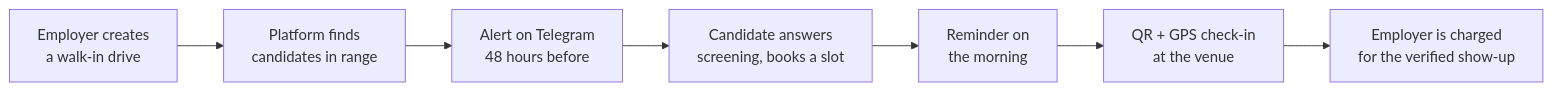
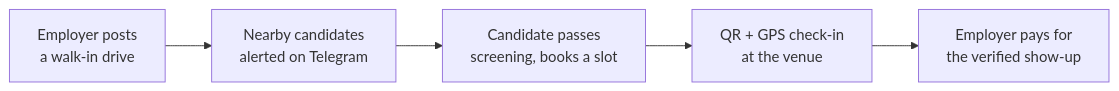
One commit to SanchitSlayer/walkins changed the first of 2 diagrams in README.md. Above: the diagram before and after it, drawn with Mermaid. The commit also changed other lines of this file, not shown here.

Commit message:
Make README diagrams readable at GitHub width

````diff
--- a/README.md
+++ b/README.md
@@ -36,9 +36,7 @@
 ```mermaid
 flowchart LR
-    A["Employer creates<br/>a walk-in drive"] --> B["Platform finds<br/>candidates in range"]
-    B --> C["Alert on Telegram<br/>48 hours before"]
-    C --> D["Candidate answers<br/>screening, books a slot"]
-    D --> E["Reminder on<br/>the morning"]
-    E --> F["QR + GPS check-in<br/>at the venue"]
-    F --> G["Employer is charged<br/>for the verified show-up"]
+    A["Employer posts<br/>a walk-in drive"] --> B["Nearby candidates<br/>alerted on Telegram"]
+    B --> C["Candidate passes<br/>screening, books a slot"]
+    C --> D["QR + GPS check-in<br/>at the venue"]
+    D --> E["Employer pays for<br/>the verified show-up"]
 ```
````
